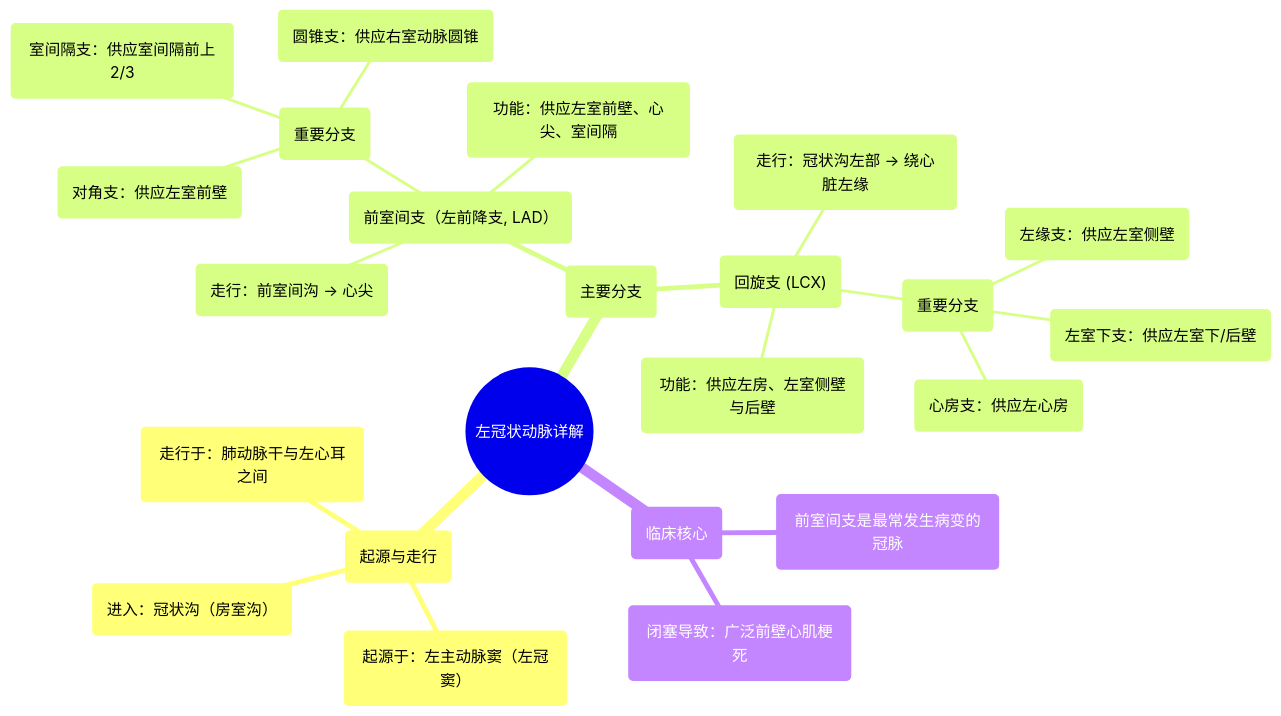
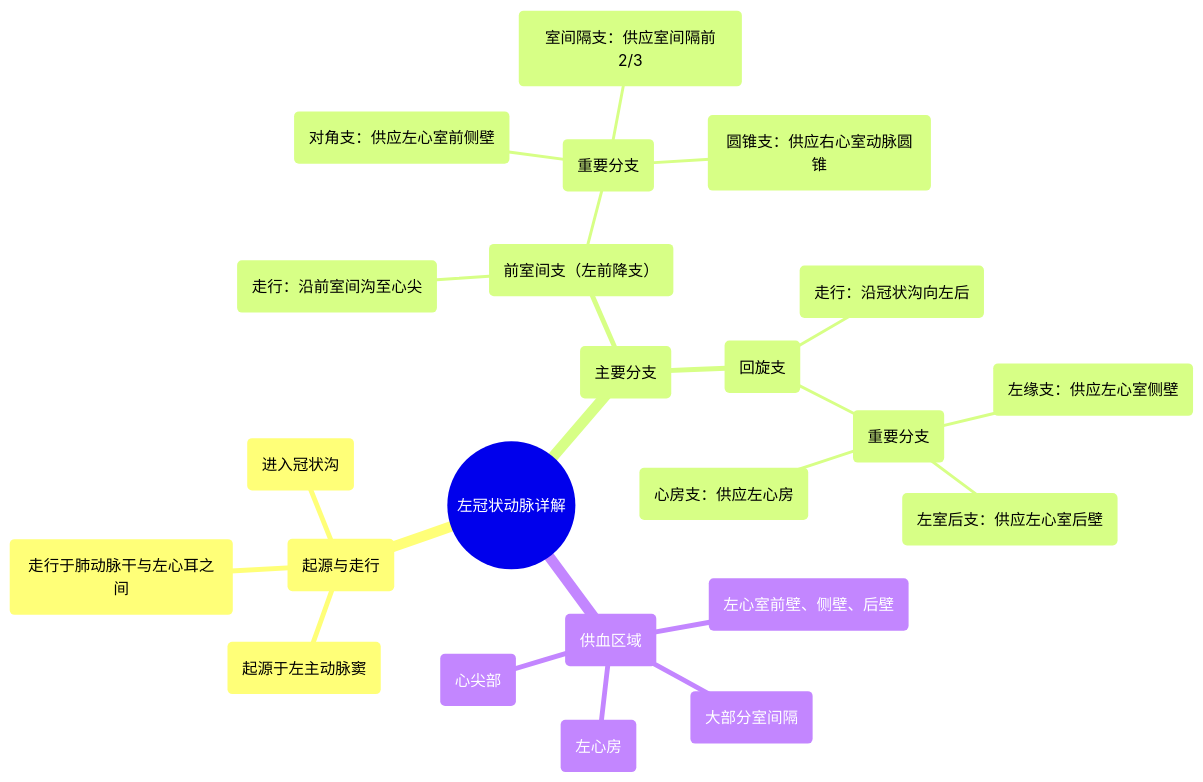
Before and after one commit to hello-47777/xinxueguan: the diagram in docs/专辑 01：心脏解剖学实景课 (Heart Anatomy - Course)/17 360 video - Left Coronary Artery - Explained in Mixed Reality.md, drawn with Mermaid. The commit also changed other lines of this file and 414 other files, not shown here.

````diff
--- a/docs/专辑 01：心脏解剖学实景课 (Heart Anatomy - Course)/17 360 video - Left Coronary Artery - Explained in Mixed Reality.md
+++ b/docs/专辑 01：心脏解剖学实景课 (Heart Anatomy - Course)/17 360 video - Left Coronary Artery - Explained in Mixed Reality.md
@@ -50,26 +51,26 @@
 ```mermaid
 mindmap
   root(("左冠状动脉详解"))
     ("起源与走行")
-      ("起源于：左主动脉窦（左冠窦）")
-      ("走行于：肺动脉干与左心耳之间")
-      ("进入：冠状沟（房室沟）")
+      ("起源于左主动脉窦")
+      ("走行于肺动脉干与左心耳之间")
+      ("进入冠状沟")
     ("主要分支")
-      ("前室间支（左前降支, LAD）")
-        ("走行：前室间沟 → 心尖")
+      ("前室间支（左前降支）")
+        ("走行：沿前室间沟至心尖")
         ("重要分支")
-          ("对角支：供应左室前壁")
-          ("室间隔支：供应室间隔前上2/3")
-          ("圆锥支：供应右室动脉圆锥")
-        ("功能：供应左室前壁、心尖、室间隔")
-      ("回旋支 (LCX)")
-        ("走行：冠状沟左部 → 绕心脏左缘")
+          ("对角支：供应左心室前侧壁")
+          ("室间隔支：供应室间隔前2/3")
+          ("圆锥支：供应右心室动脉圆锥")
+      ("回旋支")
+        ("走行：沿冠状沟向左后")
         ("重要分支")
-          ("左缘支：供应左室侧壁")
-          ("左室下支：供应左室下/后壁")
+          ("左缘支：供应左心室侧壁")
+          ("左室后支：供应左心室后壁")
           ("心房支：供应左心房")
-        ("功能：供应左房、左室侧壁与后壁")
-    ("临床核心")
-      ("前室间支是最常发生病变的冠脉")
-      ("闭塞导致：广泛前壁心肌梗死")
+    ("供血区域")
+      ("左心室前壁、侧壁、后壁")
+      ("大部分室间隔")
+      ("左心房")
+      ("心尖部")
 ```
````
